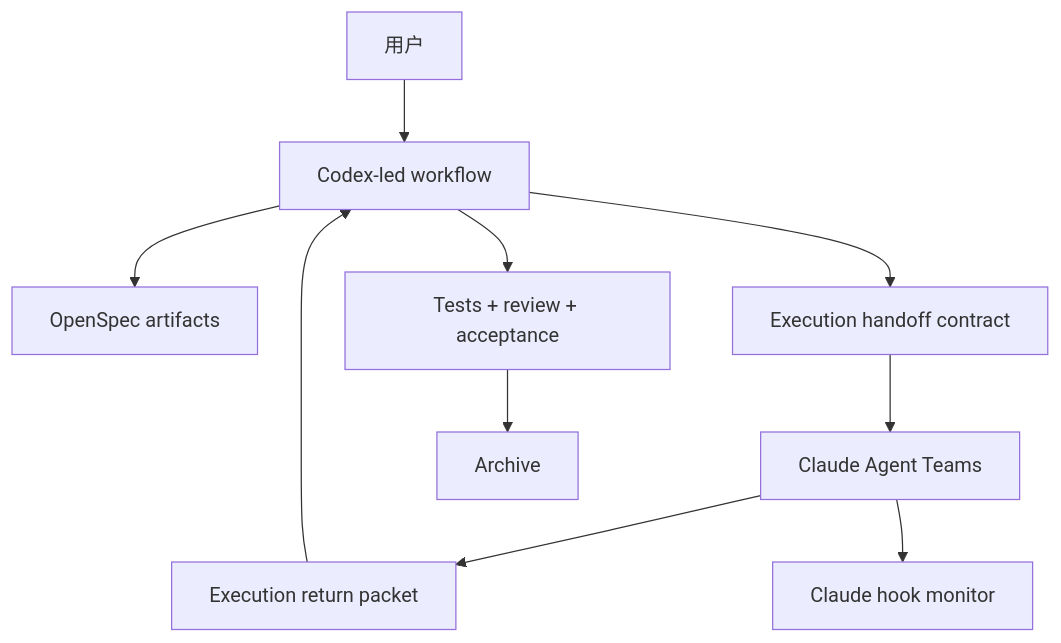
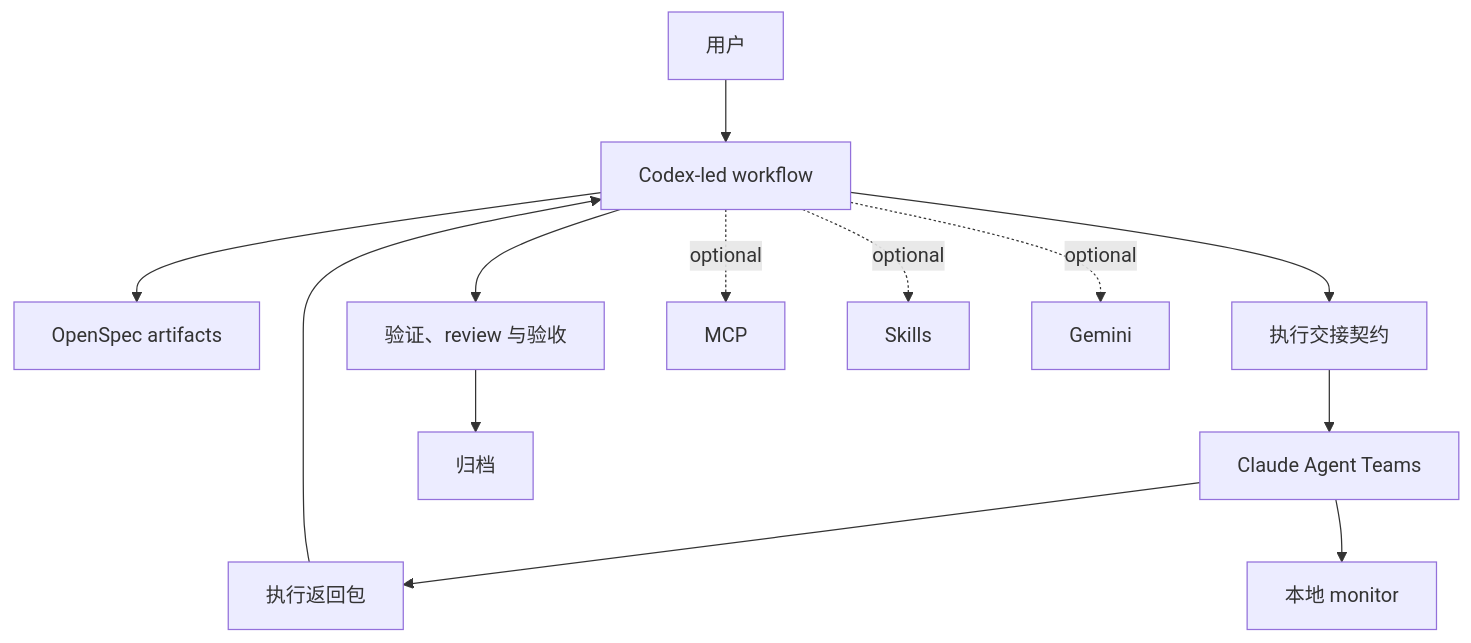
Before and after one commit to Catsofsuffering/ccsm: the diagram in README.zh-CN.md, drawn with Mermaid. The commit also changed other lines of this file and 5 other files, not shown here.

````diff
--- a/README.zh-CN.md
+++ b/README.zh-CN.md
@@ -106,12 +190,15 @@
 ```mermaid
 graph TD
     User["用户"] --> Codex["Codex-led workflow"]
     Codex --> OpenSpec["OpenSpec artifacts"]
-    Codex --> Contract["Execution handoff contract"]
+    Codex --> Contract["执行交接契约"]
     Contract --> Claude["Claude Agent Teams"]
-    Claude --> Packet["Execution return packet"]
+    Claude --> Packet["执行返回包"]
     Packet --> Codex
-    Codex --> Verify["Tests + review + acceptance"]
-    Verify --> Archive["Archive"]
-    Claude --> Monitor["Claude hook monitor"]
+    Codex --> Verify["验证、review 与验收"]
+    Verify --> Archive["归档"]
+    Claude --> Monitor["本地 monitor"]
+    Codex -. optional .-> MCP["MCP"]
+    Codex -. optional .-> Skills["Skills"]
+    Codex -. optional .-> Gemini["Gemini"]
 ```
````
